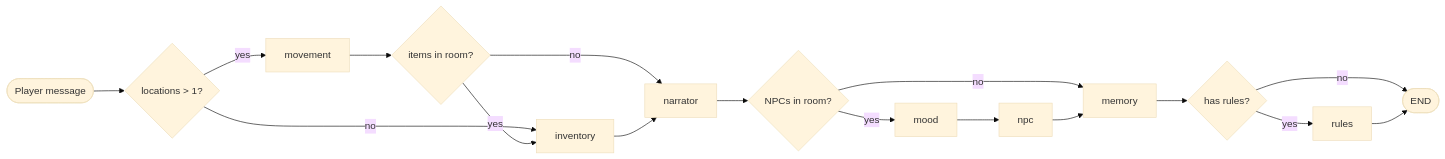
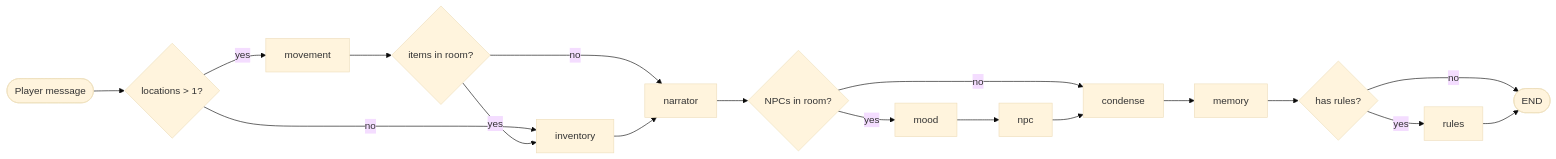
The first of 4 diagrams in documents/LANGGRAPH_PIPELINE.md (mcgowee/roleplay-langgraph), drawn with Mermaid (base theme) before and after one commit. The commit also changed other lines of this file and 5 other files, not shown here.

````diff
--- a/documents/LANGGRAPH_PIPELINE.md
+++ b/documents/LANGGRAPH_PIPELINE.md
@@ -96,19 +103,20 @@
 ```mermaid
 flowchart LR
   START([Player message]) --> ENTRY{locations > 1?}
   ENTRY -->|yes| MOV[movement]
   ENTRY -->|no| INV[inventory]
   MOV --> MOVR{items in room?}
   MOVR -->|yes| INV
   MOVR -->|no| NAR[narrator]
   INV --> NAR
   NAR --> NARR{NPCs in room?}
   NARR -->|yes| MOOD[mood]
-  NARR -->|no| MEM[memory]
+  NARR -->|no| COND[condense]
   MOOD --> NPC[npc]
-  NPC --> MEM
+  NPC --> COND
+  COND --> MEM[memory]
   MEM --> MEMR{has rules?}
   MEMR -->|yes| RULES[rules]
   MEMR -->|no| DONE([END])
   RULES --> DONE
 ```
````
